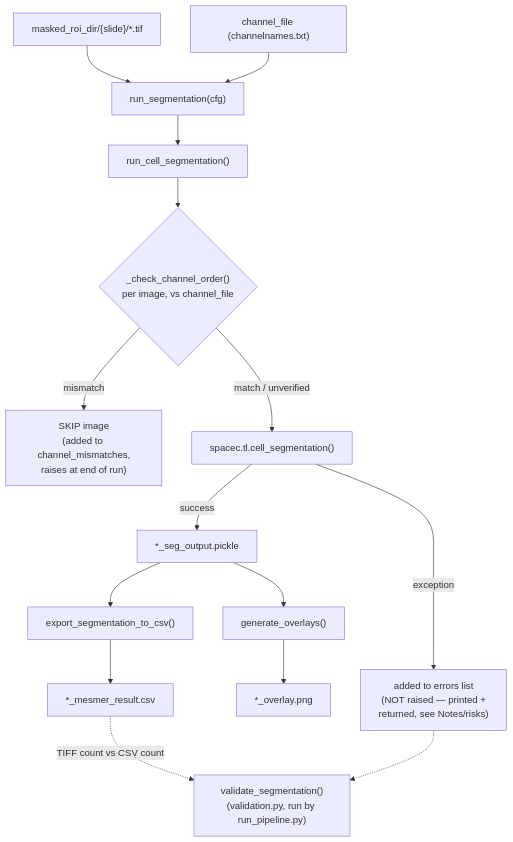
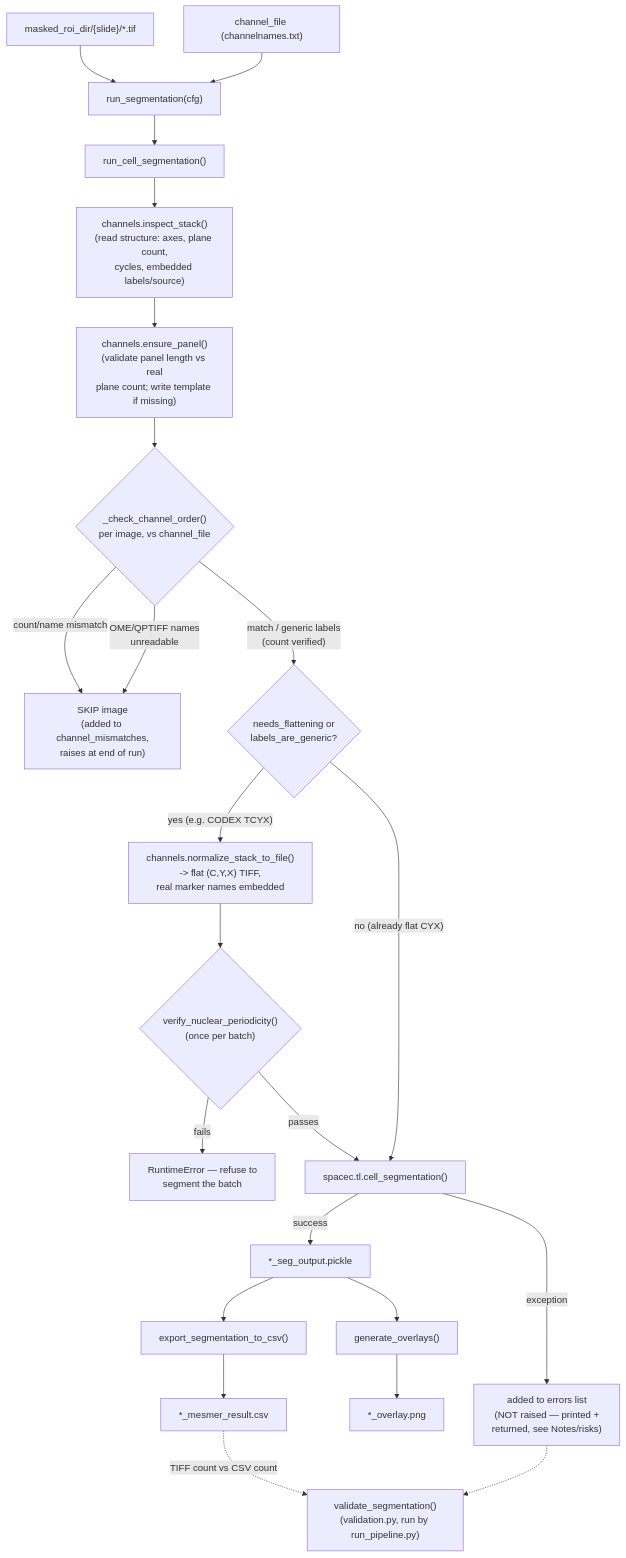
Before and after one commit to Afroozjahedi/spatia-pipeline-for-cirro: the diagram in docs/spatia_analysis_segmentation.md, drawn with Mermaid. The commit also changed other lines of this file and 2 other files, not shown here.

Commit message:
Document channels.py; update segmentation.py doc for CODEX hyperstack support

````diff
--- a/docs/spatia_analysis_segmentation.md
+++ b/docs/spatia_analysis_segmentation.md
@@ -19,17 +23,25 @@
 ```mermaid
 flowchart TD
     IN1["masked_roi_dir/{slide}/*.tif"] --> RUN["run_segmentation(cfg)"]
     IN2["channel_file (channelnames.txt)"] --> RUN
     RUN --> SEG["run_cell_segmentation()"]
-    SEG --> CHK{"_check_channel_order()\nper image, vs channel_file"}
-    CHK -->|"mismatch"| SKIP["SKIP image\n(added to channel_mismatches,\nraises at end of run)"]
-    CHK -->|"match / unverified"| SPACEC["spacec.tl.cell_segmentation()"]
+    SEG --> INSPECT["channels.inspect_stack()\n(read structure: axes, plane count,\ncycles, embedded labels/source)"]
+    INSPECT --> PANEL["channels.ensure_panel()\n(validate panel length vs real\nplane count; write template if missing)"]
+    PANEL --> CHK{"_check_channel_order()\nper image, vs channel_file"}
+    CHK -->|"count/name mismatch"| SKIP["SKIP image\n(added to channel_mismatches,\nraises at end of run)"]
+    CHK -->|"OME/QPTIFF names\nunreadable"| SKIP
+    CHK -->|"match / generic labels\n(count verified)"| NORM{"needs_flattening or\nlabels_are_generic?"}
+    NORM -->|"yes (e.g. CODEX TCYX)"| FLATTEN["channels.normalize_stack_to_file()\n-> flat (C,Y,X) TIFF,\nreal marker names embedded"]
+    FLATTEN --> QC{"verify_nuclear_periodicity()\n(once per batch)"}
+    QC -->|"fails"| HALT["RuntimeError — refuse to\nsegment the batch"]
+    QC -->|"passes"| SPACEC
+    NORM -->|"no (already flat CYX)"| SPACEC["spacec.tl.cell_segmentation()"]
     SPACEC -->|"success"| PKL["*_seg_output.pickle"]
     SPACEC -->|"exception"| ERR["added to errors list\n(NOT raised — printed +\nreturned, see Notes/risks)"]
     PKL --> CSV["export_segmentation_to_csv()"]
     CSV --> OUT1["*_mesmer_result.csv"]
     PKL --> OV["generate_overlays()"]
     OV --> OUT2["*_overlay.png"]
     OUT1 -.->|"TIFF count vs CSV count"| VAL["validate_segmentation()\n(validation.py, run by run_pipeline.py)"]
     ERR -.-> VAL
 ```
````
